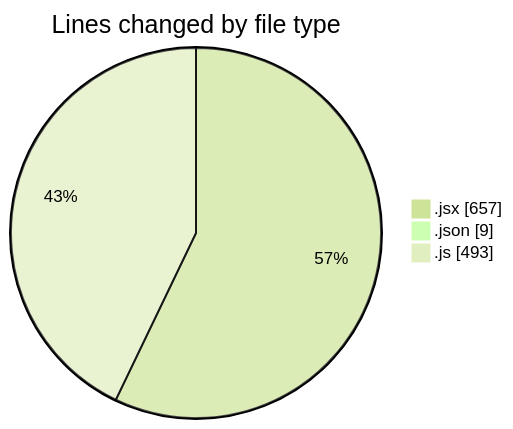
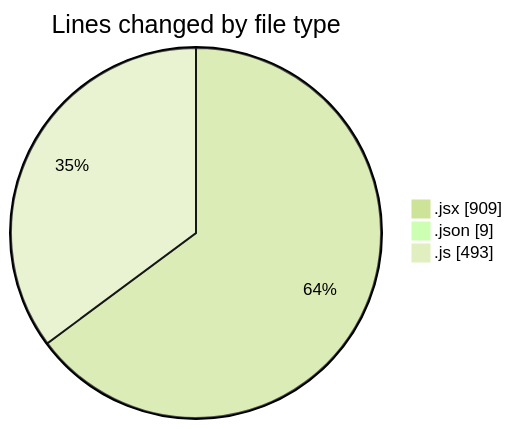
Before and after one commit to nxtqubesakshisongat/code-tracking: the first of 2 diagrams in 2025-07-31/nxtqube_webapp/README.md, drawn with Mermaid (forest theme). The commit also changed other lines of this file and 1 other file, not shown here.

````diff
--- a/2025-07-31/nxtqube_webapp/README.md
+++ b/2025-07-31/nxtqube_webapp/README.md
@@ -25,7 +26,7 @@
 ```mermaid
 pie showData
 title Lines changed by file type
-".jsx" : 657
+".jsx" : 909
 ".json" : 9
 ".js" : 493
 ```
````
